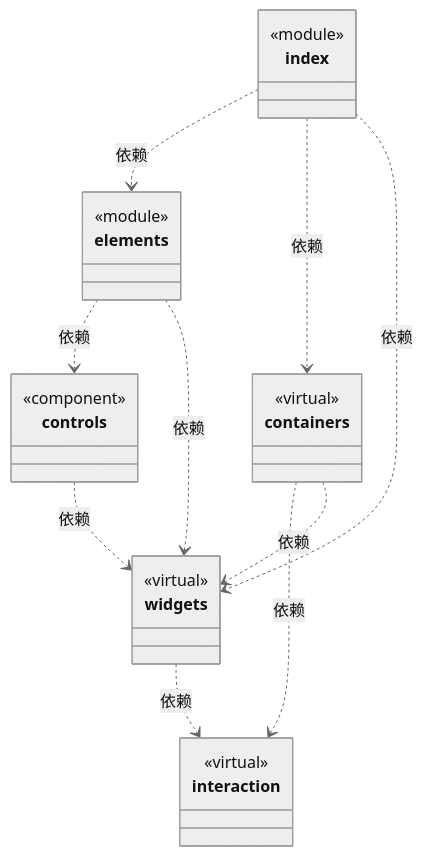
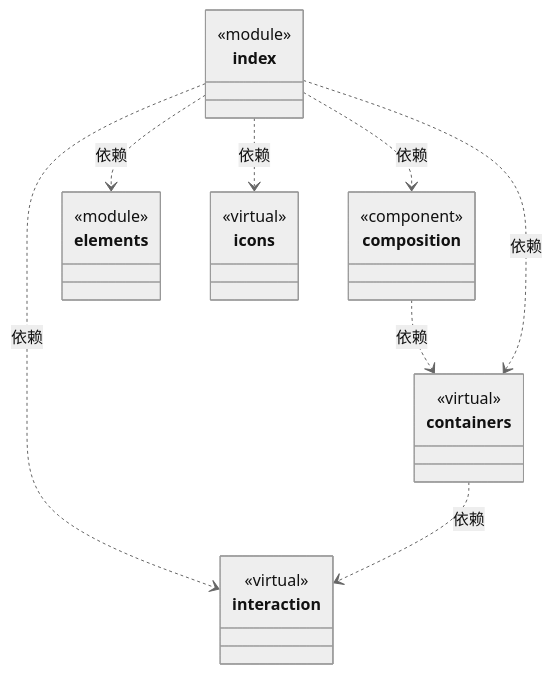
Before and after one commit to nan023062/cbim: the first of 2 diagrams in src/framework-ui/ARCHITECTURE.md, drawn with Mermaid (neutral theme). The commit also changed other lines of this file and 43 other files, not shown here.

````diff
--- a/src/framework-ui/ARCHITECTURE.md
+++ b/src/framework-ui/ARCHITECTURE.md
@@ -32,36 +32,34 @@
 ```mermaid
 classDiagram
-class N_bbfa01896bb3["widgets"] {
-  <<virtual>>
+class N_f36918aa9143["index"] {
+  <<module>>
 }
-click N_bbfa01896bb3 href "widgets/ARCHITECTURE.md"
-class N_b168e4b82143["controls"] {
+click N_f36918aa9143 href "index.ts"
+class N_dfa48aac2ad8["composition"] {
   <<component>>
 }
-click N_b168e4b82143 href "controls.tsx"
+click N_dfa48aac2ad8 href "composition.tsx"
 class N_c0f5b5c6bbcb["elements"] {
   <<module>>
 }
 click N_c0f5b5c6bbcb href "elements.ts"
-class N_f36918aa9143["index"] {
-  <<module>>
-}
-click N_f36918aa9143 href "index.ts"
 class N_788f2c75b21b["containers"] {
   <<virtual>>
 }
 click N_788f2c75b21b href "containers/ARCHITECTURE.md"
+class N_3db91ab854e7["icons"] {
+  <<virtual>>
+}
+click N_3db91ab854e7 href "icons/ARCHITECTURE.md"
 class N_edb47f0763e2["interaction"] {
   <<virtual>>
 }
 click N_edb47f0763e2 href "interaction/ARCHITECTURE.md"
-N_b168e4b82143 ..> N_bbfa01896bb3 : 依赖
-N_c0f5b5c6bbcb ..> N_b168e4b82143 : 依赖
-N_c0f5b5c6bbcb ..> N_bbfa01896bb3 : 依赖
+N_dfa48aac2ad8 ..> N_788f2c75b21b : 依赖
+N_f36918aa9143 ..> N_dfa48aac2ad8 : 依赖
 N_f36918aa9143 ..> N_c0f5b5c6bbcb : 依赖
 N_f36918aa9143 ..> N_788f2c75b21b : 依赖
-N_f36918aa9143 ..> N_bbfa01896bb3 : 依赖
+N_f36918aa9143 ..> N_3db91ab854e7 : 依赖
+N_f36918aa9143 ..> N_edb47f0763e2 : 依赖
 N_788f2c75b21b ..> N_edb47f0763e2 : 依赖
-N_788f2c75b21b ..> N_bbfa01896bb3 : 依赖
-N_bbfa01896bb3 ..> N_edb47f0763e2 : 依赖
 ```
````
